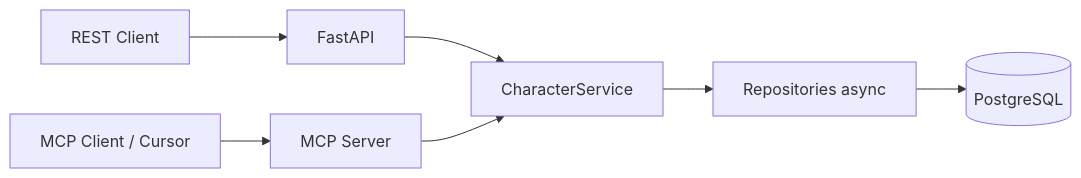
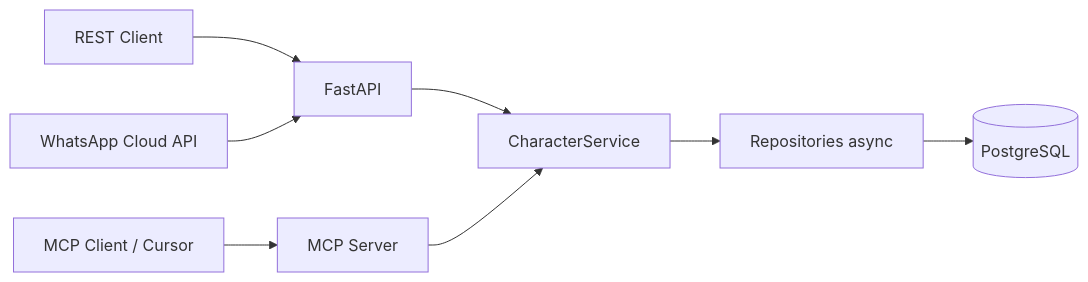
Before and after one commit to chitohugo/fastapi-with-oauth2: the diagram in README.md, drawn with Mermaid. The commit also changed other lines of this file and 22 other files, not shown here.

Commit message:
feature: WhatsApp Cloud API webhook

````diff
--- a/README.md
+++ b/README.md
@@ -30,9 +31,10 @@
 ```mermaid
 flowchart LR
   ClientREST[REST Client] --> API[FastAPI]
   ClientMCP[MCP Client / Cursor] --> MCP[MCP Server]
+  WhatsApp[WhatsApp Cloud API] --> API
   API --> Svc[CharacterService]
   MCP --> Svc
   Svc --> Repo[Repositories async]
   Repo --> DB[(PostgreSQL)]
 ```
````
